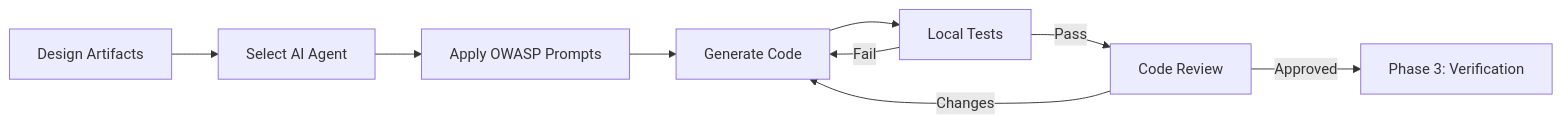
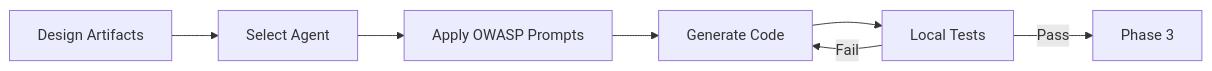
One commit to AliceNN-ucdenver/MaintainabilityAI changed the first of 2 diagrams in site-tw/public/docs/sdlc/phase2-implementation.md. Above: the diagram before and after it, drawn with Mermaid. The commit also changed other lines of this file and 99 other files, not shown here.

````diff
--- a/site-tw/public/docs/sdlc/phase2-implementation.md
+++ b/site-tw/public/docs/sdlc/phase2-implementation.md
@@ -23,11 +18,9 @@
 ```mermaid
 flowchart LR
-    A[Design Artifacts] --> B[Select AI Agent]
+    A[Design Artifacts] --> B[Select Agent]
     B --> C[Apply OWASP Prompts]
     C --> D[Generate Code]
     D --> E[Local Tests]
-    E -->|Pass| F[Code Review]
+    E -->|Pass| F[Phase 3]
     E -->|Fail| D
-    F -->|Approved| G[Phase 3: Verification]
-    F -->|Changes| D
 ```
````
